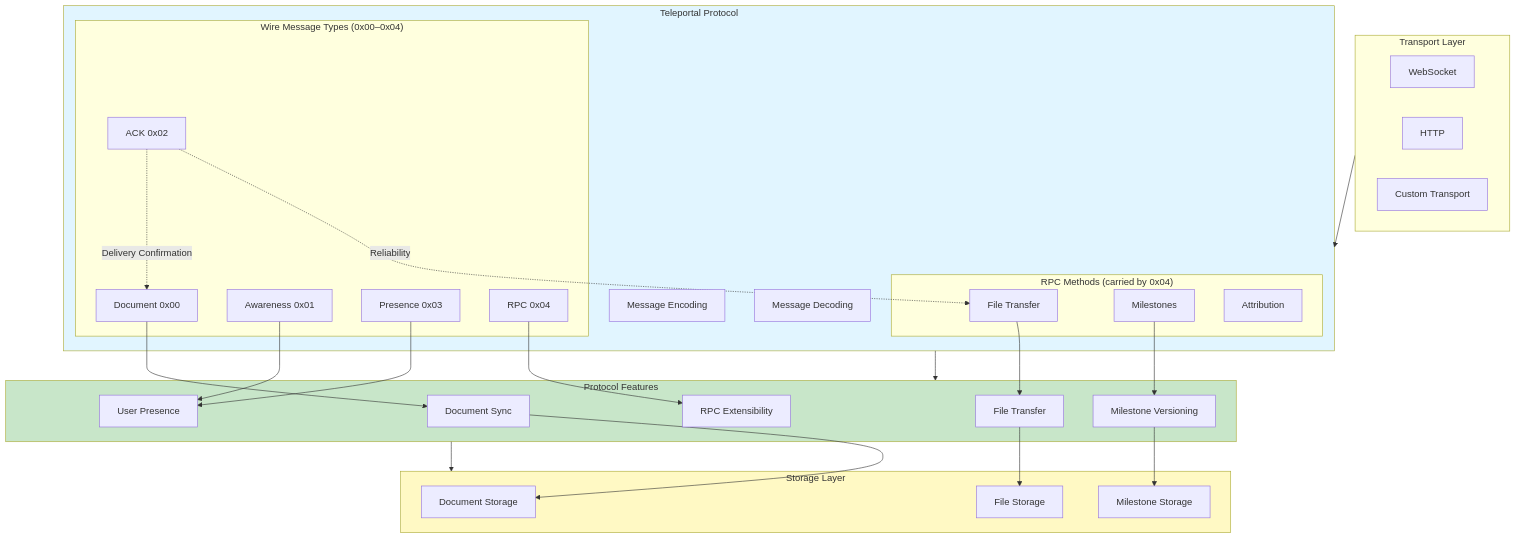
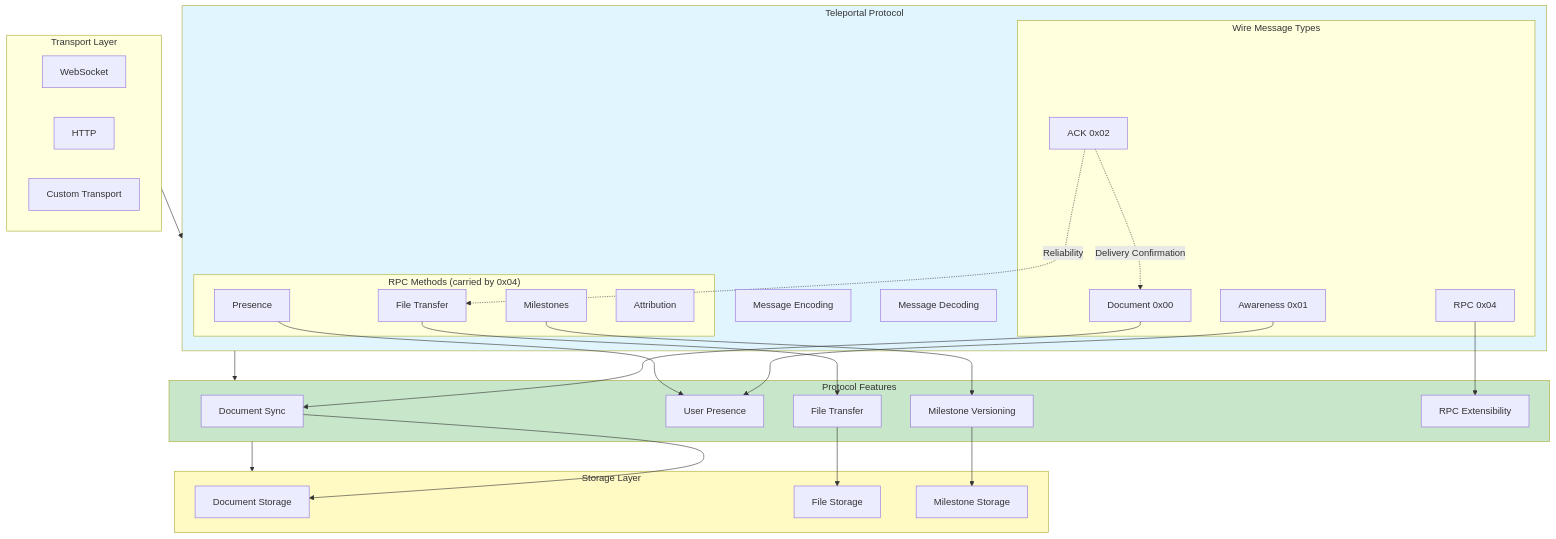
Diagram 16 of 17 in docs/src/content/docs/advanced/protocol.mdx (nperez0111/teleportal), drawn with Mermaid before and after one commit. The commit also changed other lines of this file and 79 other files, not shown here.

First line of the commit message:
feat(protocol): replace presence wire type with RPC push methods and per-method QoS

````diff
--- a/docs/src/content/docs/advanced/protocol.mdx
+++ b/docs/src/content/docs/advanced/protocol.mdx
@@ -628,63 +619,63 @@
 ```mermaid
 graph TB
     subgraph Transport["Transport Layer"]
         WS[WebSocket]
         HTTP[HTTP]
         CUSTOM[Custom Transport]
     end
 
     subgraph Protocol["Teleportal Protocol"]
-        subgraph Core["Wire Message Types (0x00–0x04)"]
+        subgraph Core["Wire Message Types"]
             DOC[Document 0x00]
             AWARE[Awareness 0x01]
             ACK[ACK 0x02]
-            PRESENCE[Presence 0x03]
             RPC[RPC 0x04]
         end
 
         subgraph Extended["RPC Methods (carried by 0x04)"]
+            PRESENCE[Presence]
             FILE[File Transfer]
             MILESTONE[Milestones]
             ATTR[Attribution]
         end
 
         ENCODE[Message Encoding]
         DECODE[Message Decoding]
     end
 
     subgraph Features["Protocol Features"]
         SYNC[Document Sync]
         USERPRESENCE[User Presence]
         TRANSFER[File Transfer]
         VERSIONING[Milestone Versioning]
         EXTENSIBILITY[RPC Extensibility]
     end
 
     subgraph Storage["Storage Layer"]
         DOC_STORE[Document Storage]
         FILE_STORE[File Storage]
         MILESTONE_STORE[Milestone Storage]
     end
 
     Transport --> Protocol
     Protocol --> Features
     Features --> Storage
 
     DOC --> SYNC
     AWARE --> USERPRESENCE
     PRESENCE --> USERPRESENCE
     FILE --> TRANSFER
     MILESTONE --> VERSIONING
     RPC --> EXTENSIBILITY
 
     ACK -.->|Reliability| FILE
     ACK -.->|Delivery Confirmation| DOC
 
     SYNC --> DOC_STORE
     TRANSFER --> FILE_STORE
     VERSIONING --> MILESTONE_STORE
 
     style Protocol fill:#e1f5ff
     style Features fill:#c8e6c9
     style Storage fill:#fff9c4
 ```
````
